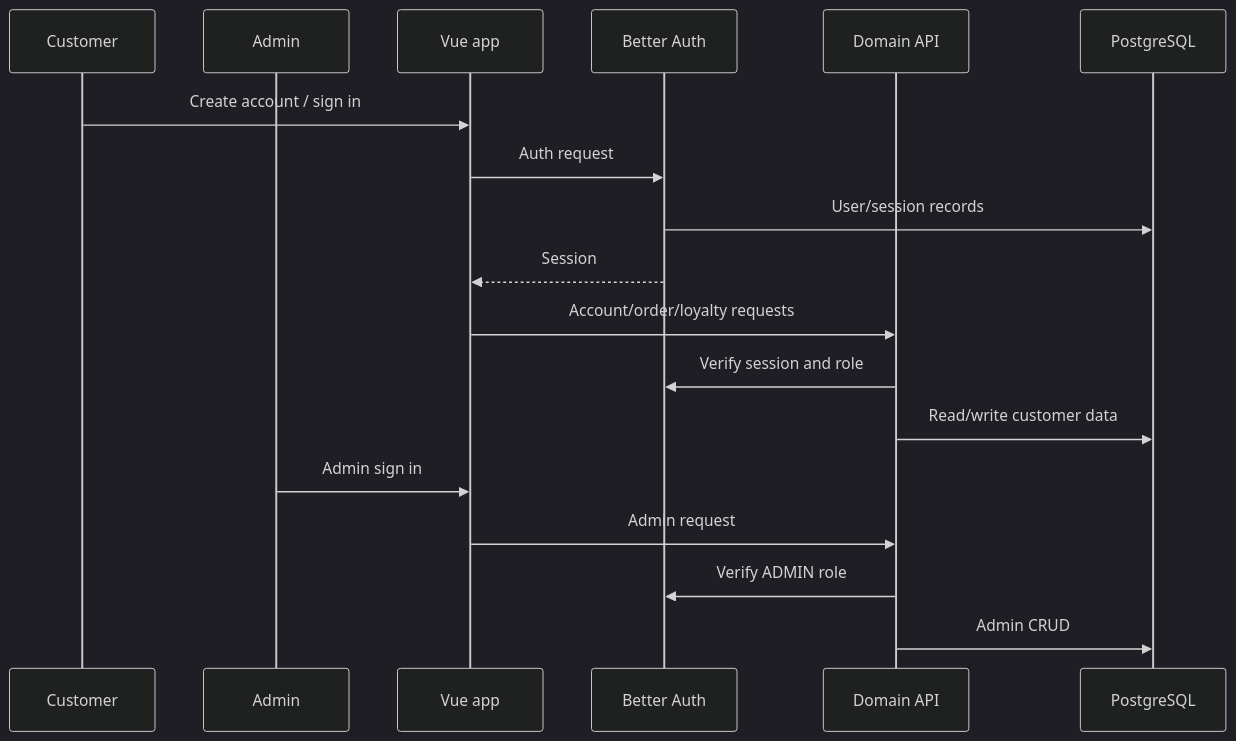
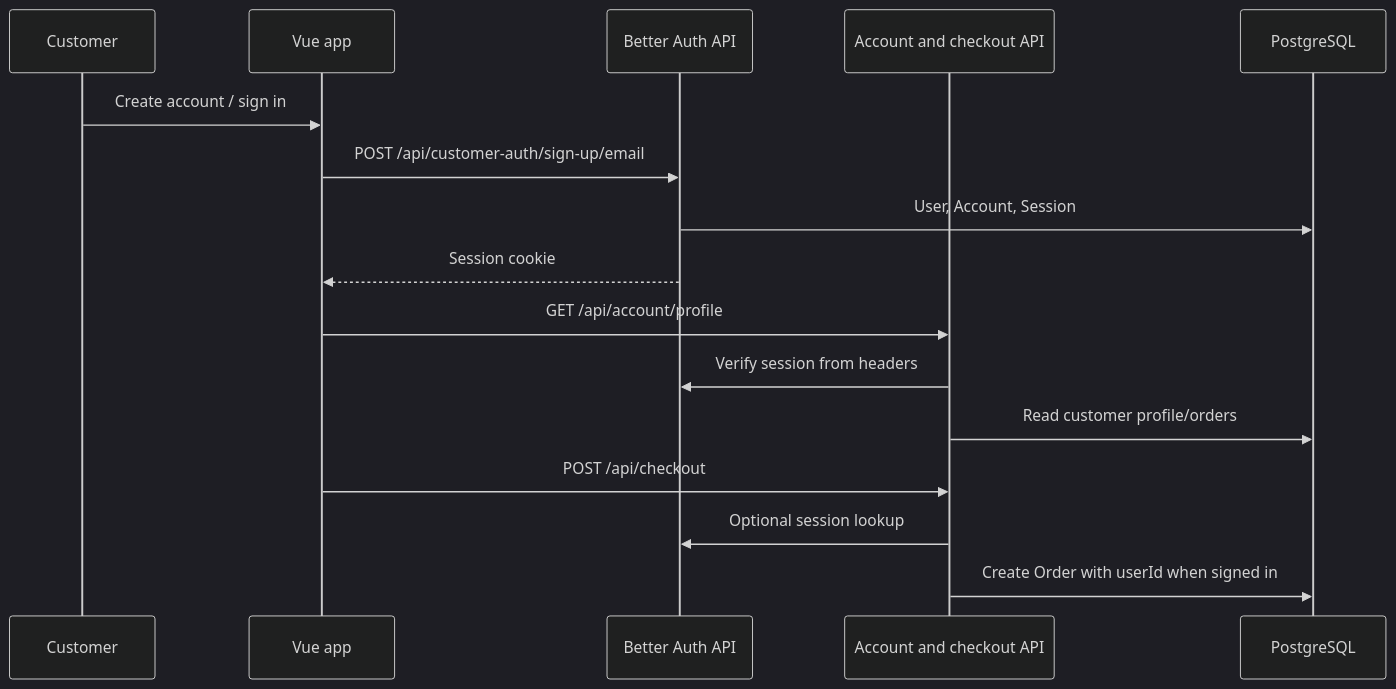
Before and after one commit to alvarezaaronAI/doggy-ent: the second of 2 diagrams in doggy_ent_vue/docs/architecture/auth-roadmap.md, drawn with Mermaid (dark theme). The commit also changed other lines of this file and 67 other files, not shown here.

First line of the commit message:
feat(accounts): refine Better Auth customer experience

````diff
--- a/doggy_ent_vue/docs/architecture/auth-roadmap.md
+++ b/doggy_ent_vue/docs/architecture/auth-roadmap.md
@@ -63,21 +131,19 @@
 ```mermaid
 sequenceDiagram
   participant Customer as Customer
-  participant Admin as Admin
   participant Vue as Vue app
-  participant BetterAuth as Better Auth
-  participant API as Domain API
+  participant Auth as Better Auth API
+  participant API as Account and checkout API
   participant DB as PostgreSQL
 
   Customer->>Vue: Create account / sign in
-  Vue->>BetterAuth: Auth request
-  BetterAuth->>DB: User/session records
-  BetterAuth-->>Vue: Session
-  Vue->>API: Account/order/loyalty requests
-  API->>BetterAuth: Verify session and role
-  API->>DB: Read/write customer data
-  Admin->>Vue: Admin sign in
-  Vue->>API: Admin request
-  API->>BetterAuth: Verify ADMIN role
-  API->>DB: Admin CRUD
+  Vue->>Auth: POST /api/customer-auth/sign-up/email
+  Auth->>DB: User, Account, Session
+  Auth-->>Vue: Session cookie
+  Vue->>API: GET /api/account/profile
+  API->>Auth: Verify session from headers
+  API->>DB: Read customer profile/orders
+  Vue->>API: POST /api/checkout
+  API->>Auth: Optional session lookup
+  API->>DB: Create Order with userId when signed in
 ```
````
